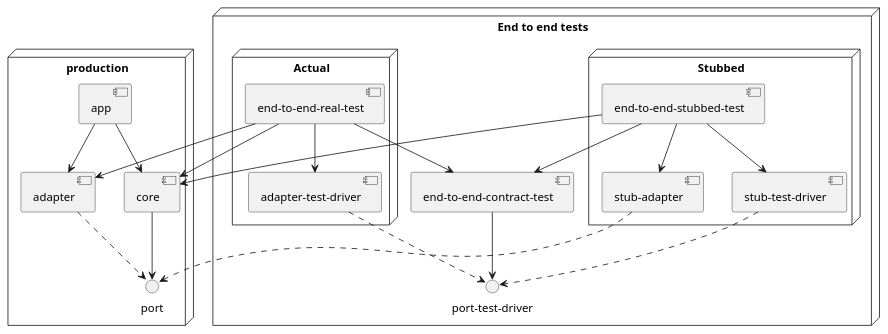
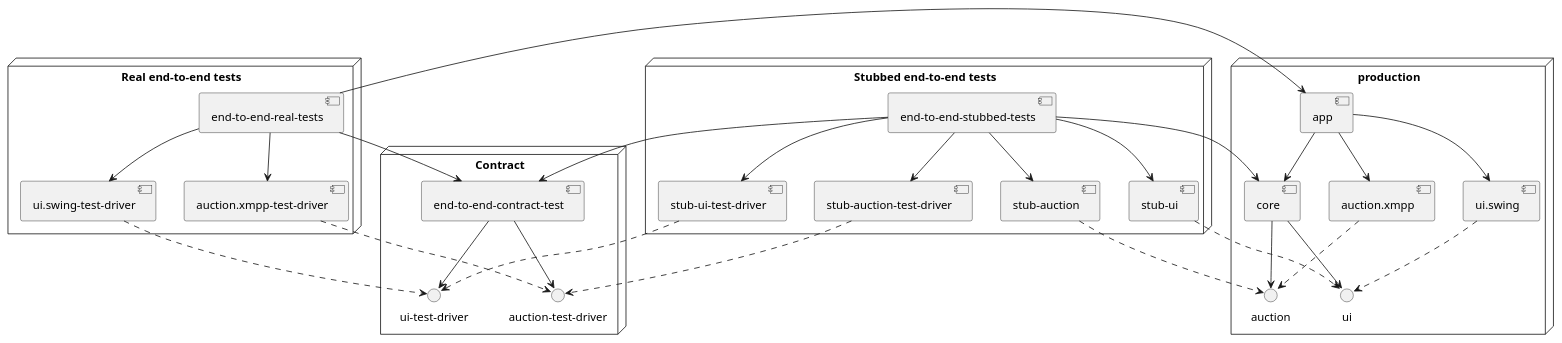
The second of 2 diagrams in README.md (Mahoney-playground/goos), drawn with PlantUML before and after one commit. The commit also changed other lines of this file, not shown here.

Commit message:
Used real components in diagrams

````diff
--- a/README.md
+++ b/README.md
@@ -178,49 +234,66 @@
 ```plantuml
 @startuml
 
 node production { 
     component app
     component core
-    component adapter
-    interface port
+    interface auction
+    component auction.xmpp
+    interface ui
+    component ui.swing
 }
 
-node "End to end tests" {
+node Contract {
+    interface "ui-test-driver" as ui_test_driver
+    interface "auction-test-driver" as auction_test_driver
+    component "end-to-end-contract-test" as end_to_end_contract_test
+}
 
-    interface "port-test-driver" as port_test_driver
-    component "end-to-end-contract-test" as end_to_end_contract_test
-    
-    node "Stubbed" {
-        component "end-to-end-stubbed-test" as end_to_end_stubbed_test
-        component "stub-adapter" as stub_adapter
-        component "stub-test-driver" as stub_test_driver
-    }
-    
-    node Actual {
-        component "end-to-end-real-test" as end_to_end_real_test
-        component "adapter-test-driver" as adapter_test_driver
-    }
+node "Stubbed end-to-end tests" {
+    component "end-to-end-stubbed-tests" as end_to_end_stubbed_tests
+    component "stub-ui" as stub_ui
+    component "stub-auction" as stub_auction
+    component "stub-ui-test-driver" as stub_ui_test_driver
+    component "stub-auction-test-driver" as stub_auction_test_driver
+}
+
+node "Real end-to-end tests" {
+    component "end-to-end-real-tests" as end_to_end_real_tests
+    component "ui.swing-test-driver" as ui.swing_test_driver
+    component "auction.xmpp-test-driver" as auction.xmpp_test_driver
 }
 
 app --> core
-app --> adapter
-core --> port
-adapter ..> port
+core --> ui
+app --> ui.swing
+ui.swing ..> ui
 
-adapter_test_driver ..> port_test_driver
-end_to_end_contract_test --> port_test_driver
+core --> auction
+app --> auction.xmpp
+auction.xmpp ..> auction
 
-end_to_end_real_test --> end_to_end_contract_test
-end_to_end_real_test --> core
-end_to_end_real_test --> adapter
-end_to_end_real_test --> adapter_test_driver
+stub_ui ..> ui
+ui.swing_test_driver ..> ui_test_driver
+stub_ui_test_driver ..> ui_test_driver
 
-stub_test_driver ..> port_test_driver
+stub_auction ..> auction
+auction.xmpp_test_driver ..> auction_test_driver
+stub_auction_test_driver ..> auction_test_driver
 
-stub_adapter ..> port
-end_to_end_stubbed_test --> end_to_end_contract_test
-end_to_end_stubbed_test --> stub_test_driver
-end_to_end_stubbed_test --> core
-end_to_end_stubbed_test --> stub_adapter
+end_to_end_contract_test --> ui_test_driver
+end_to_end_contract_test --> auction_test_driver
+
+end_to_end_real_tests -> app
+end_to_end_real_tests --> end_to_end_contract_test
+end_to_end_real_tests --> ui.swing_test_driver
+end_to_end_real_tests --> auction.xmpp_test_driver
+
+end_to_end_stubbed_tests --> end_to_end_contract_test
+end_to_end_stubbed_tests --> stub_ui_test_driver
+end_to_end_stubbed_tests --> stub_auction_test_driver
+end_to_end_stubbed_tests --> core
+end_to_end_stubbed_tests --> stub_ui
+end_to_end_stubbed_tests --> stub_auction
+
 @enduml
 ```
````
